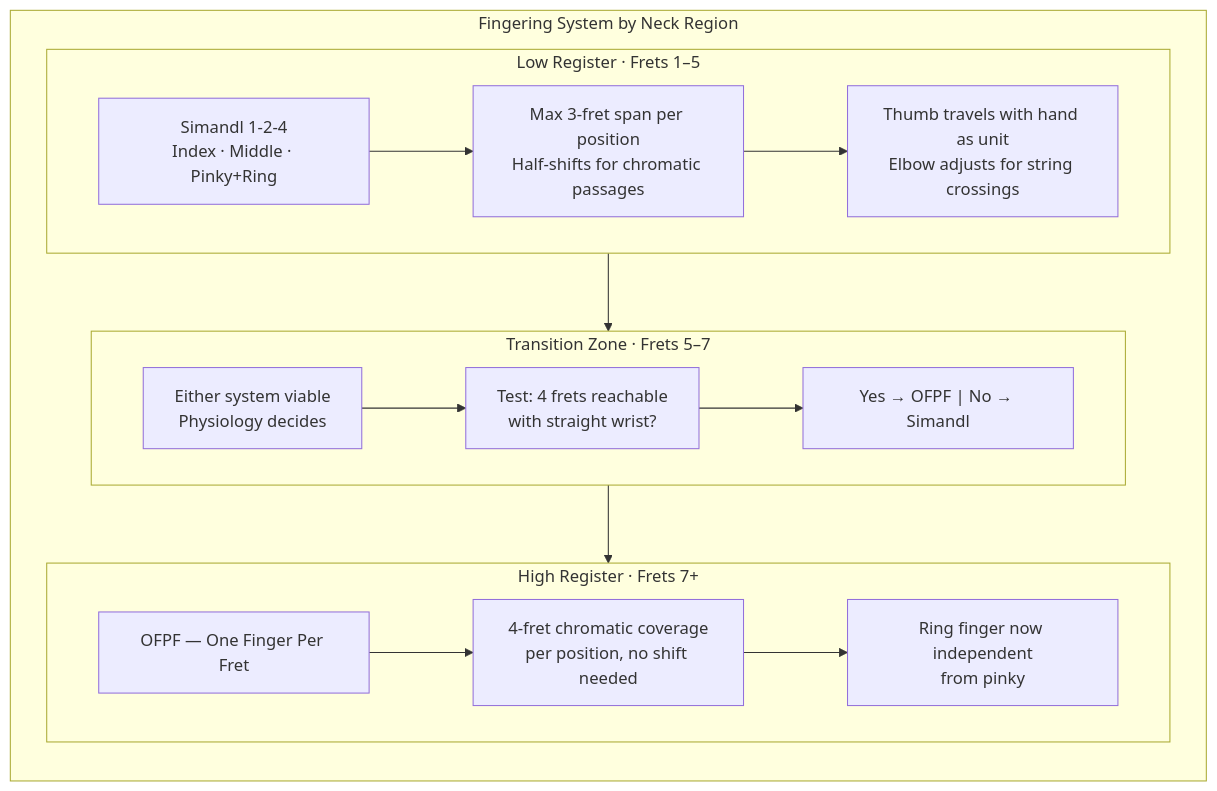
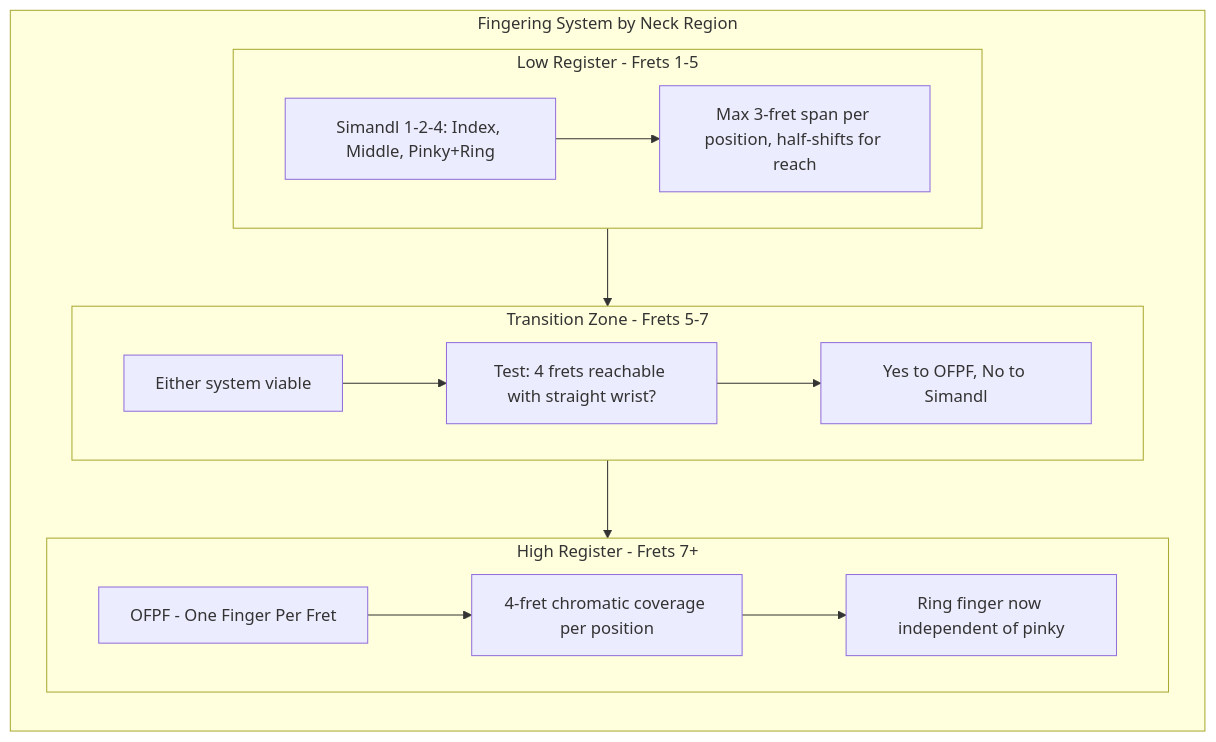
One commit to blebleblee/synapse changed the fourth of 6 diagrams in topics/arts/music_performance/bass_guitar/lesson_01_technique_and_fretboard_mechanics.md. Above: the diagram before and after it, drawn with Mermaid. The commit also changed other lines of this file and 4 other files, not shown here.

````diff
--- a/topics/arts/music_performance/bass_guitar/lesson_01_technique_and_fretboard_mechanics.md
+++ b/topics/arts/music_performance/bass_guitar/lesson_01_technique_and_fretboard_mechanics.md
@@ -270,24 +255,23 @@
 ```mermaid
 graph LR
     subgraph sub_systems ["Fingering System by Neck Region"]
-        subgraph sub_low ["Low Register · Frets 1–5"]
-            L1["Simandl 1-2-4\nIndex · Middle · Pinky+Ring"]
-            L2["Max 3-fret span per position\nHalf-shifts for chromatic passages"]
-            L3["Thumb travels with hand as unit\nElbow adjusts for string crossings"]
-            L1 --> L2 --> L3
+        subgraph sub_low ["Low Register - Frets 1-5"]
+            L1["Simandl 1-2-4: Index, Middle, Pinky+Ring"]
+            L2["Max 3-fret span per position, half-shifts for reach"]
+            L1 --> L2
         end
-        subgraph sub_mid ["Transition Zone · Frets 5–7"]
-            M1["Either system viable\nPhysiology decides"]
-            M2["Test: 4 frets reachable\nwith straight wrist?"]
-            M3["Yes → OFPF | No → Simandl"]
+        subgraph sub_mid ["Transition Zone - Frets 5-7"]
+            M1["Either system viable"]
+            M2["Test: 4 frets reachable with straight wrist?"]
+            M3["Yes to OFPF, No to Simandl"]
             M1 --> M2 --> M3
         end
-        subgraph sub_high ["High Register · Frets 7+"]
-            H1["OFPF — One Finger Per Fret"]
-            H2["4-fret chromatic coverage\nper position, no shift needed"]
-            H3["Ring finger now independent\nfrom pinky"]
+        subgraph sub_high ["High Register - Frets 7+"]
+            H1["OFPF - One Finger Per Fret"]
+            H2["4-fret chromatic coverage per position"]
+            H3["Ring finger now independent of pinky"]
             H1 --> H2 --> H3
         end
         sub_low --> sub_mid --> sub_high
     end
 ```
````
